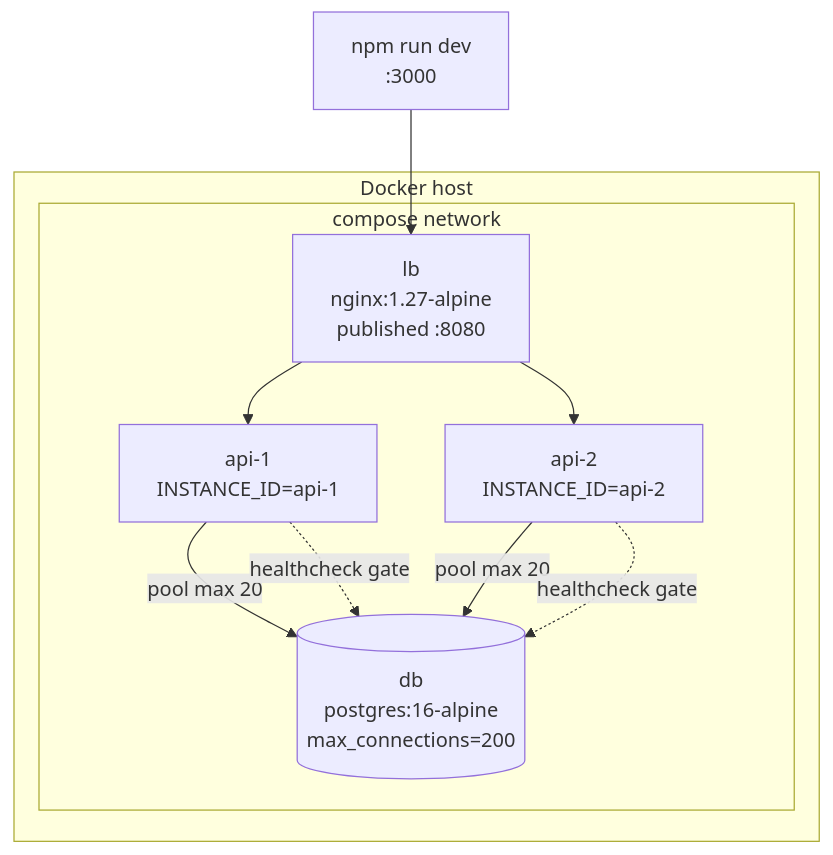
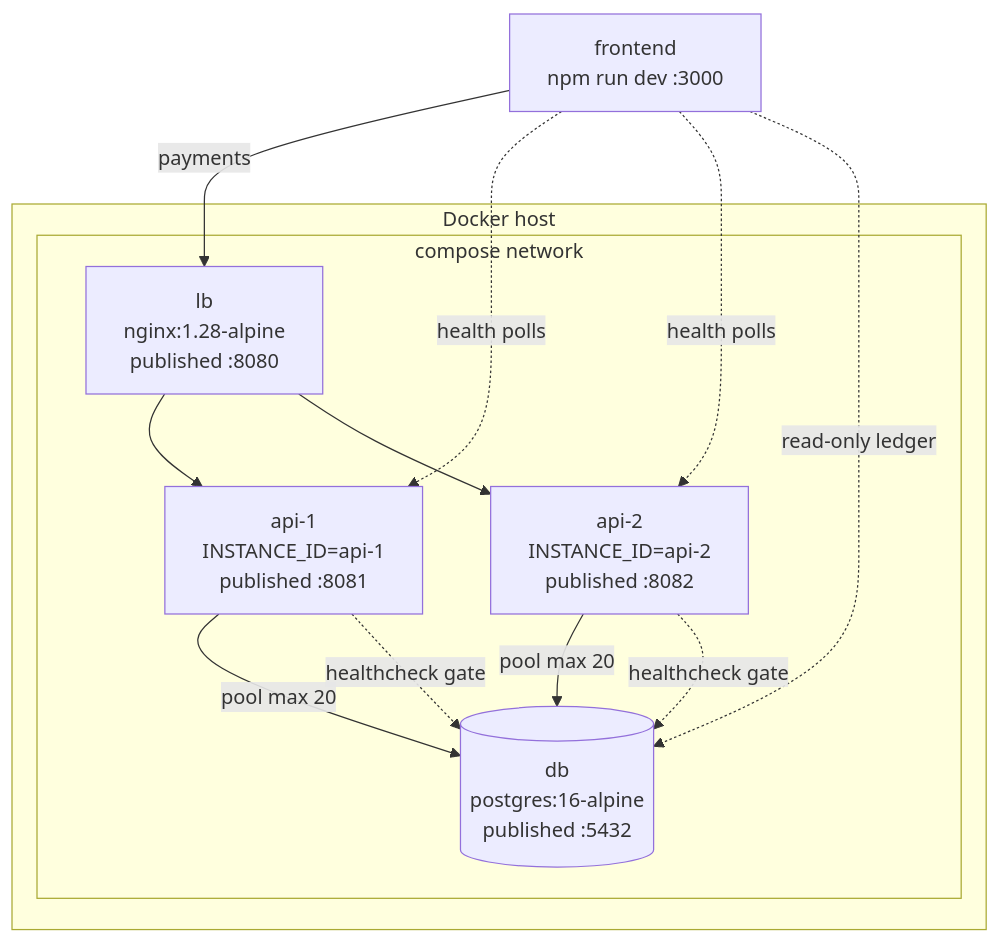
Diagram 11 of 12 in docs/DIAGRAMS.md (Ridzzz0Alam/idempotent-payment), drawn with Mermaid before and after one commit. The commit also changed other lines of this file and 30 other files, not shown here.

````diff
--- a/docs/DIAGRAMS.md
+++ b/docs/DIAGRAMS.md
@@ -345,22 +349,25 @@
 ```mermaid
 flowchart TB
     subgraph host["Docker host"]
         subgraph net["compose network"]
-            LB["lb<br/>nginx:1.27-alpine<br/>published :8080"]
-            A1["api-1<br/>INSTANCE_ID=api-1"]
-            A2["api-2<br/>INSTANCE_ID=api-2"]
-            DB[("db<br/>postgres:16-alpine<br/>max_connections=200")]
+            LB["lb<br/>nginx:1.28-alpine<br/>published :8080"]
+            A1["api-1<br/>INSTANCE_ID=api-1<br/>published :8081"]
+            A2["api-2<br/>INSTANCE_ID=api-2<br/>published :8082"]
+            DB[("db<br/>postgres:16-alpine<br/>published :5432")]
         end
     end
 
-    DEV["npm run dev<br/>:3000"]
+    DEV["frontend<br/>npm run dev :3000"]
 
-    DEV --> LB
+    DEV -->|"payments"| LB
+    DEV -.->|"health polls"| A1
+    DEV -.->|"health polls"| A2
+    DEV -.->|"read-only ledger"| DB
     LB --> A1
     LB --> A2
     A1 -->|"pool max 20"| DB
     A2 -->|"pool max 20"| DB
 
     A1 -.->|"healthcheck gate"| DB
     A2 -.->|"healthcheck gate"| DB
 ```
````
